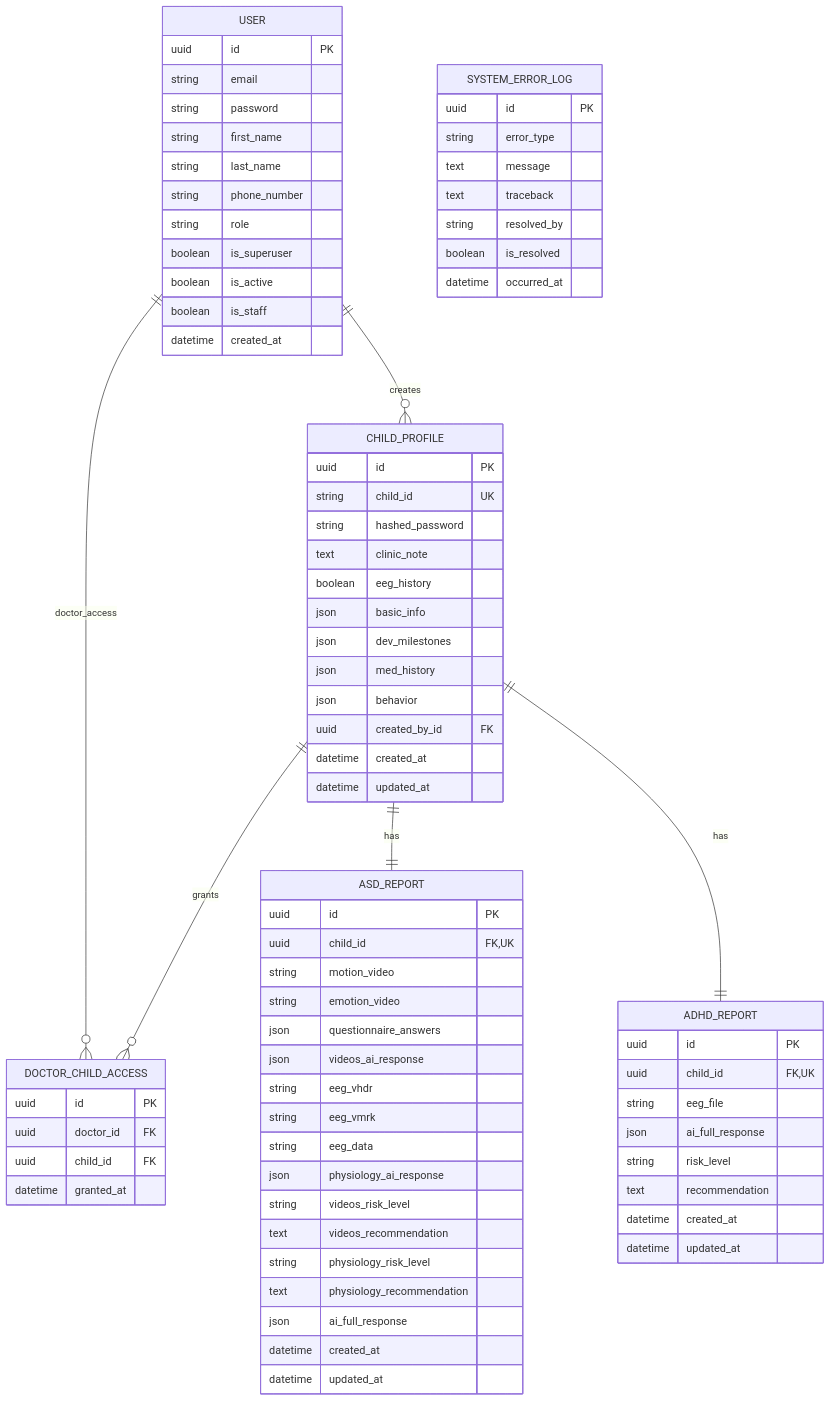
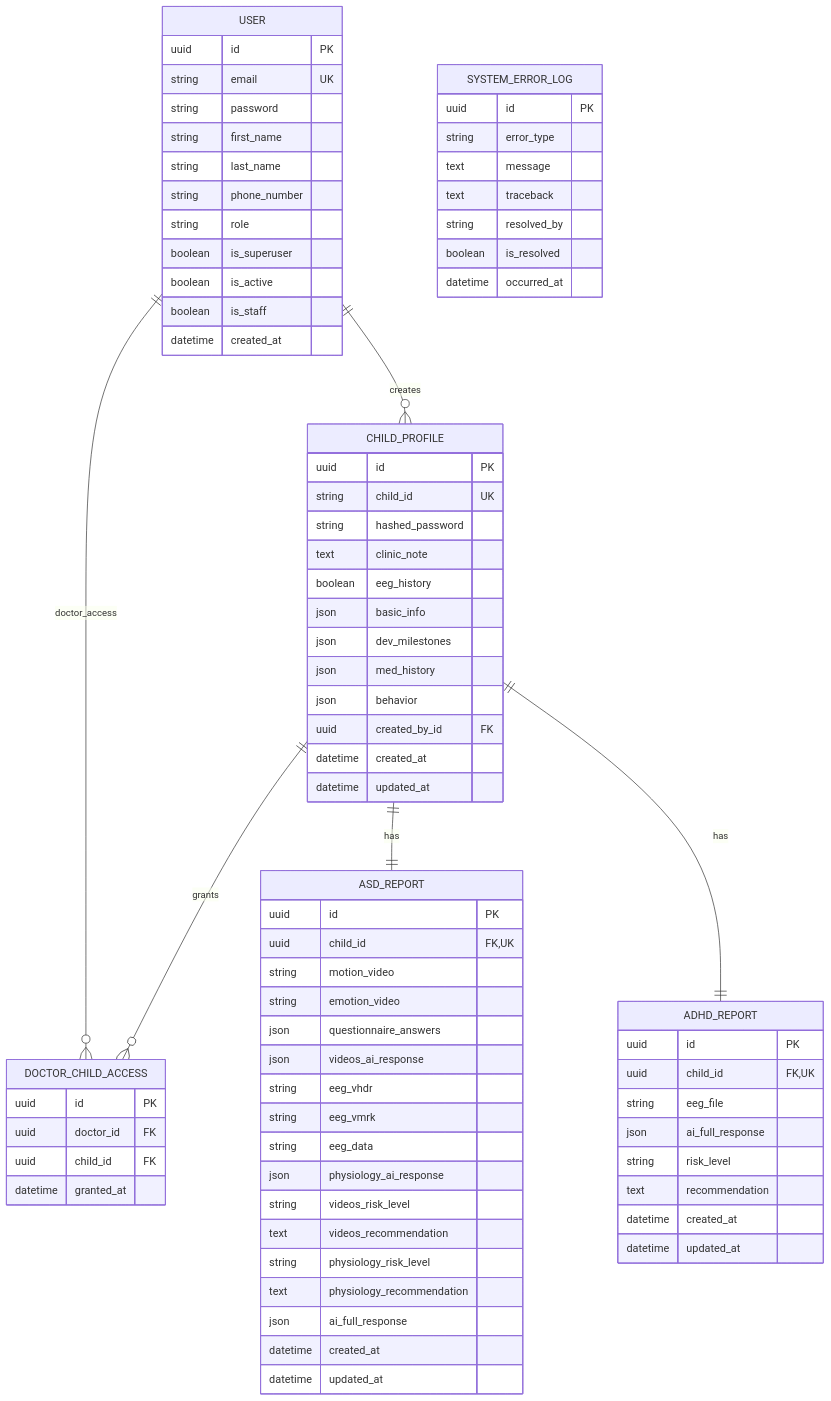
One commit to Mohamedeid106/graduation-test changed the sixth of 7 diagrams in README.md. Above: the diagram before and after it, drawn with Mermaid.

Commit message:
update erd

```diff
--- a/README.md
+++ b/README.md
@@ -556,7 +556,7 @@
 
     USER {
         uuid id PK
-        string email
+        string email UK
         string password
         string first_name
         string last_name
```
